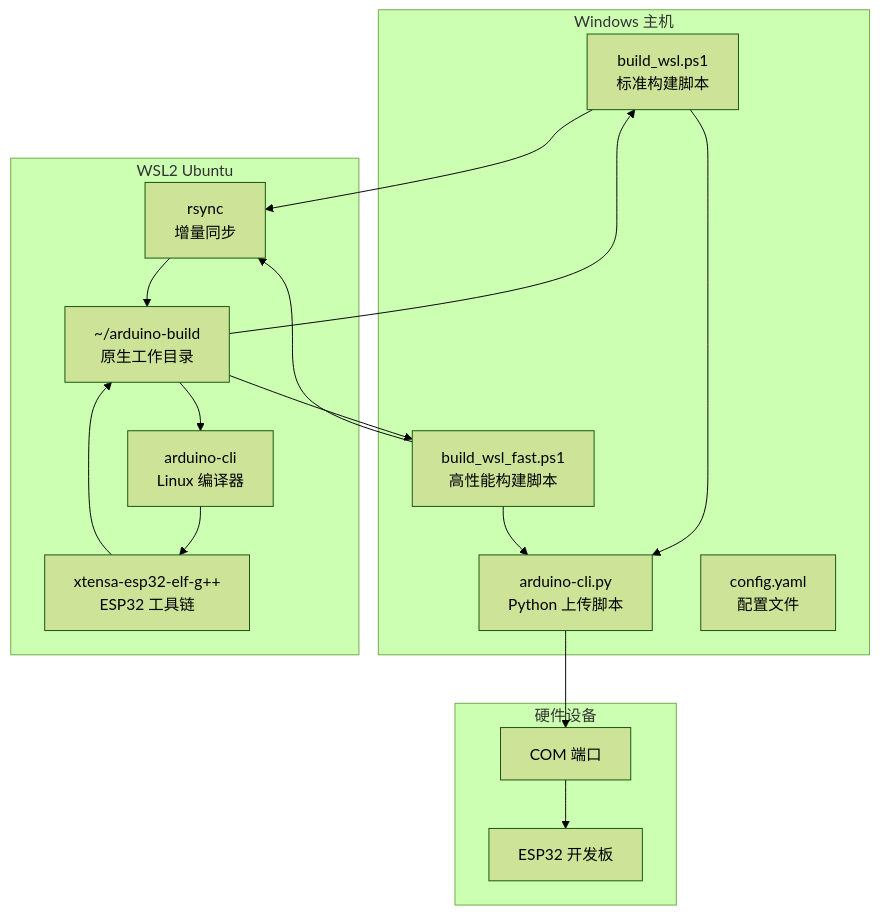
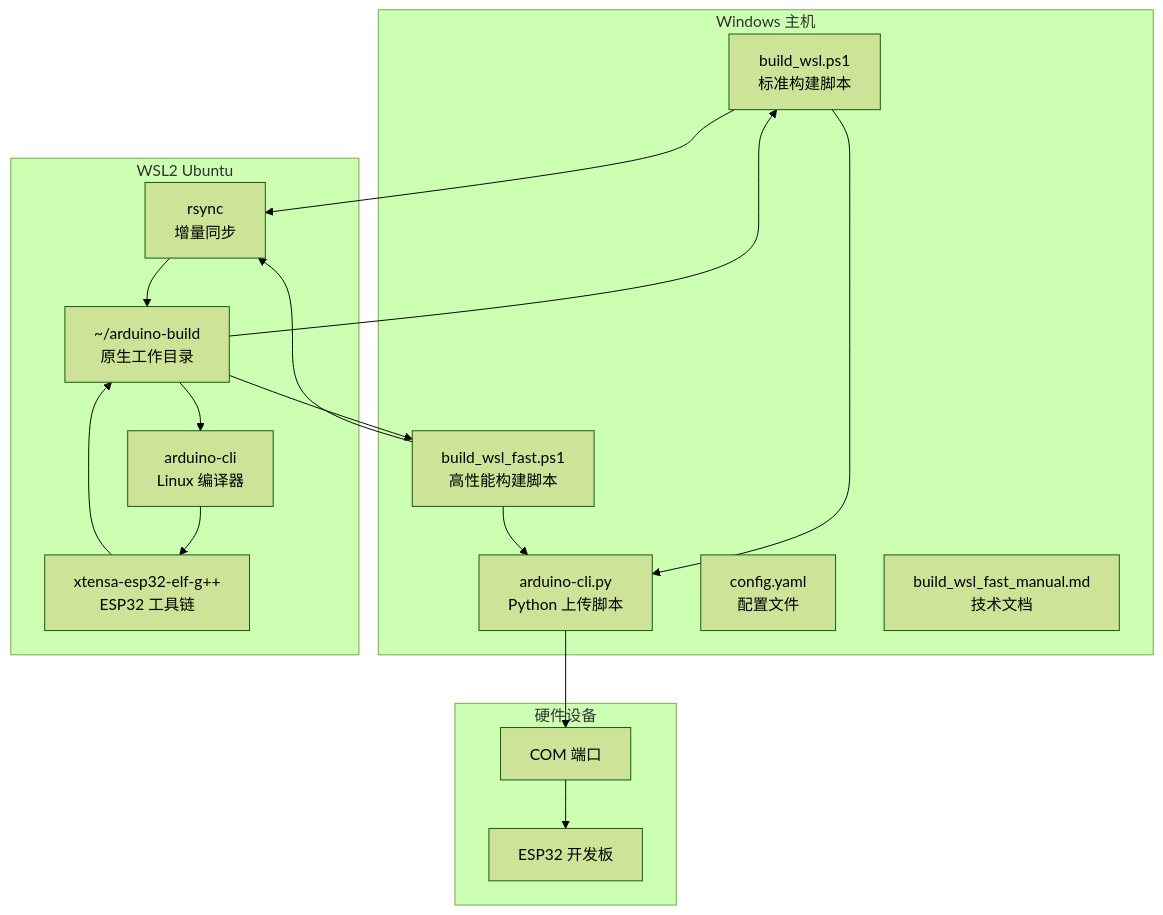
Before and after one commit to DonkeyDrift/Firmware: the first of 4 diagrams in .qoder/repowiki/zh/content/开发工具与配置/WSL 交叉编译支持.md, drawn with Mermaid (forest theme). The commit also changed other lines of this file and 3 other files, not shown here.

````diff
--- a/.qoder/repowiki/zh/content/开发工具与配置/WSL 交叉编译支持.md
+++ b/.qoder/repowiki/zh/content/开发工具与配置/WSL 交叉编译支持.md
@@ -40,31 +42,32 @@
 ```mermaid
 graph TB
 subgraph "Windows 主机"
 A[build_wsl.ps1<br/>标准构建脚本]
 B[build_wsl_fast.ps1<br/>高性能构建脚本]
 C[arduino-cli.py<br/>Python 上传脚本]
 D[config.yaml<br/>配置文件]
+E[build_wsl_fast_manual.md<br/>技术文档]
 end
 subgraph "WSL2 Ubuntu"
-E[rsync<br/>增量同步]
-F[arduino-cli<br/>Linux 编译器]
-G[xtensa-esp32-elf-g++<br/>ESP32 工具链]
-H[~/arduino-build<br/>原生工作目录]
+F[rsync<br/>增量同步]
+G[arduino-cli<br/>Linux 编译器]
+H[xtensa-esp32-elf-g++<br/>ESP32 工具链]
+I[~/arduino-build<br/>原生工作目录]
 end
 subgraph "硬件设备"
-I[ESP32 开发板]
-J[COM 端口]
+J[ESP32 开发板]
+K[COM 端口]
 end
-A --> E
-B --> E
-E --> H
-H --> F
-F --> G
+A --> F
+B --> F
+F --> I
+I --> G
 G --> H
-H --> A
-H --> B
+H --> I
+I --> A
+I --> B
 A --> C
 B --> C
-C --> J
-J --> I
+C --> K
+K --> J
 ```
````
